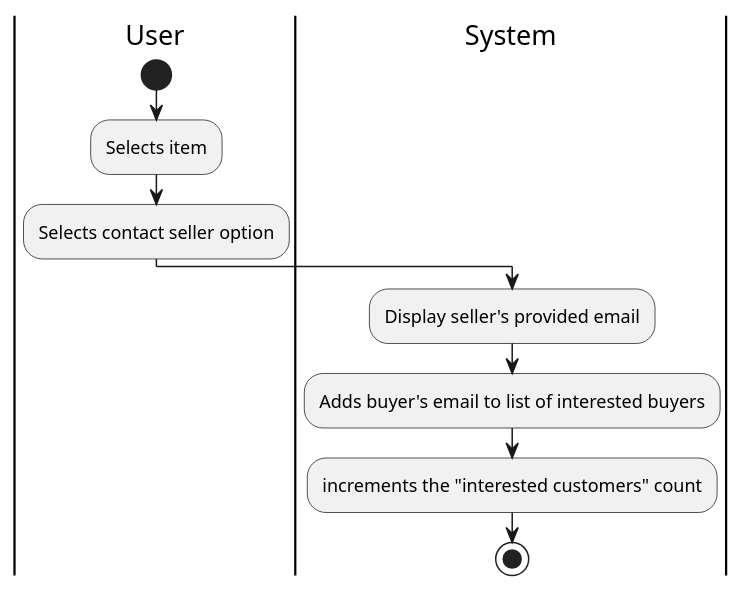
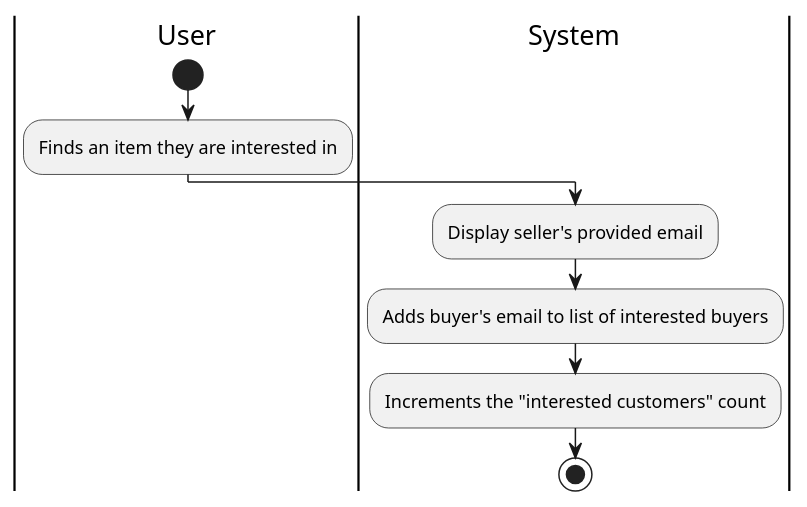
The diagram in Phase1/use-cases/complete-sale.md (remyben-creator/Marketplace-Application), drawn with PlantUML before and after one commit. The commit also changed other lines of this file and 4 other files, not shown here.

````diff
--- a/Phase1/use-cases/complete-sale.md
+++ b/Phase1/use-cases/complete-sale.md
@@ -10,13 +12,12 @@
 ```plantuml
 
 |User|
 start
-:Selects item;
-:Selects contact seller option;
+:Finds an item they are interested in;
 |System| 
 :Display seller's provided email;
 :Adds buyer's email to list of interested buyers;
-:increments the "interested customers" count;
+:Increments the "interested customers" count;
 Stop
 @enduml
 ```
````
